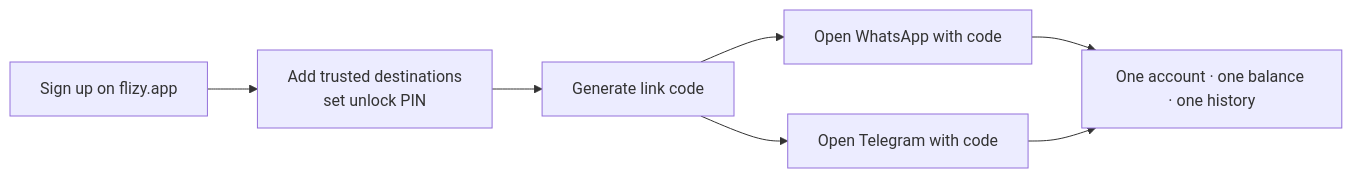
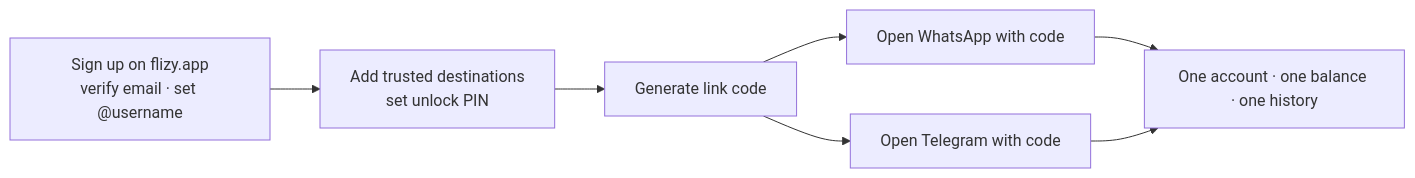
The fifth of 5 diagrams in README.md (rudazy/flizy), drawn with Mermaid before and after one commit. The commit also changed other lines of this file and 21 other files, not shown here.

````diff
--- a/README.md
+++ b/README.md
@@ -211,9 +235,9 @@
 ```mermaid
 flowchart LR
-  S["Sign up on flizy.app"] --> T["Add trusted destinations<br/>set unlock PIN"]
+  S["Sign up on flizy.app<br/>verify email · set @username"] --> T["Add trusted destinations<br/>set unlock PIN"]
   T --> L["Generate link code"]
   L --> WA["Open WhatsApp with code"]
   L --> TG["Open Telegram with code"]
   WA --> ONE["One account · one balance · one history"]
   TG --> ONE
 ```
````
